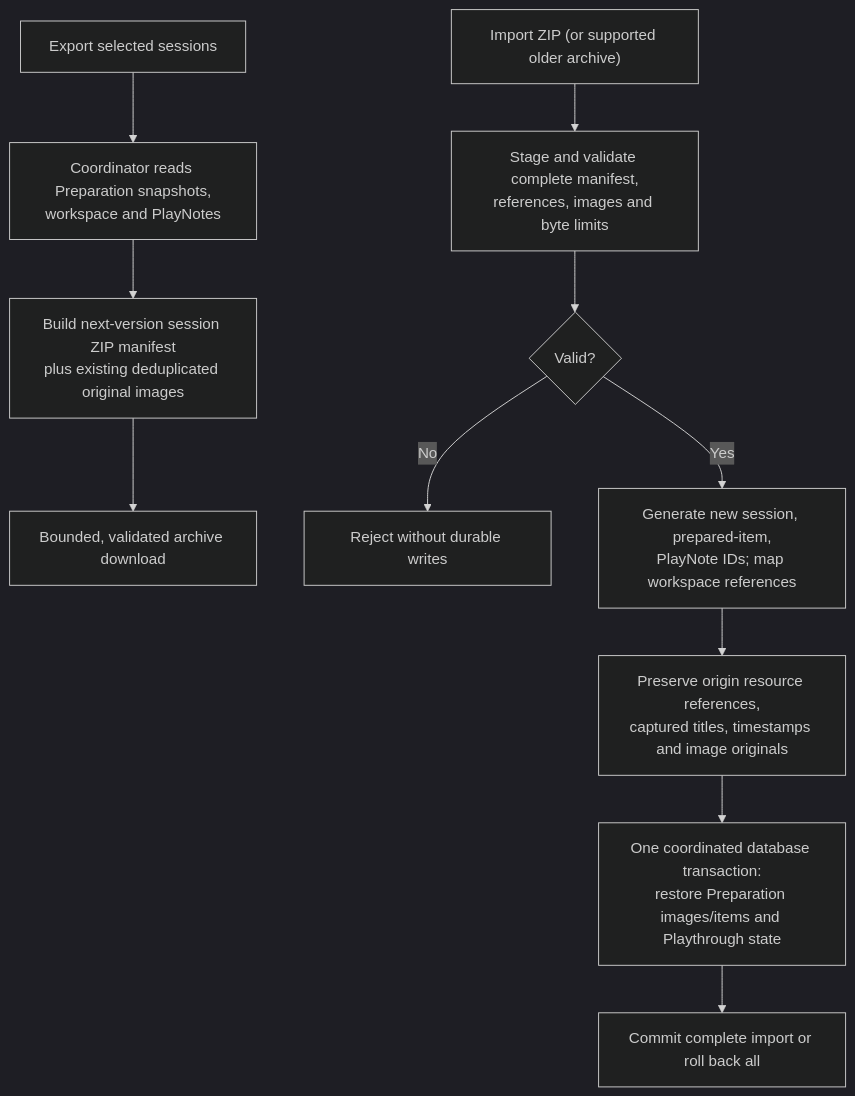
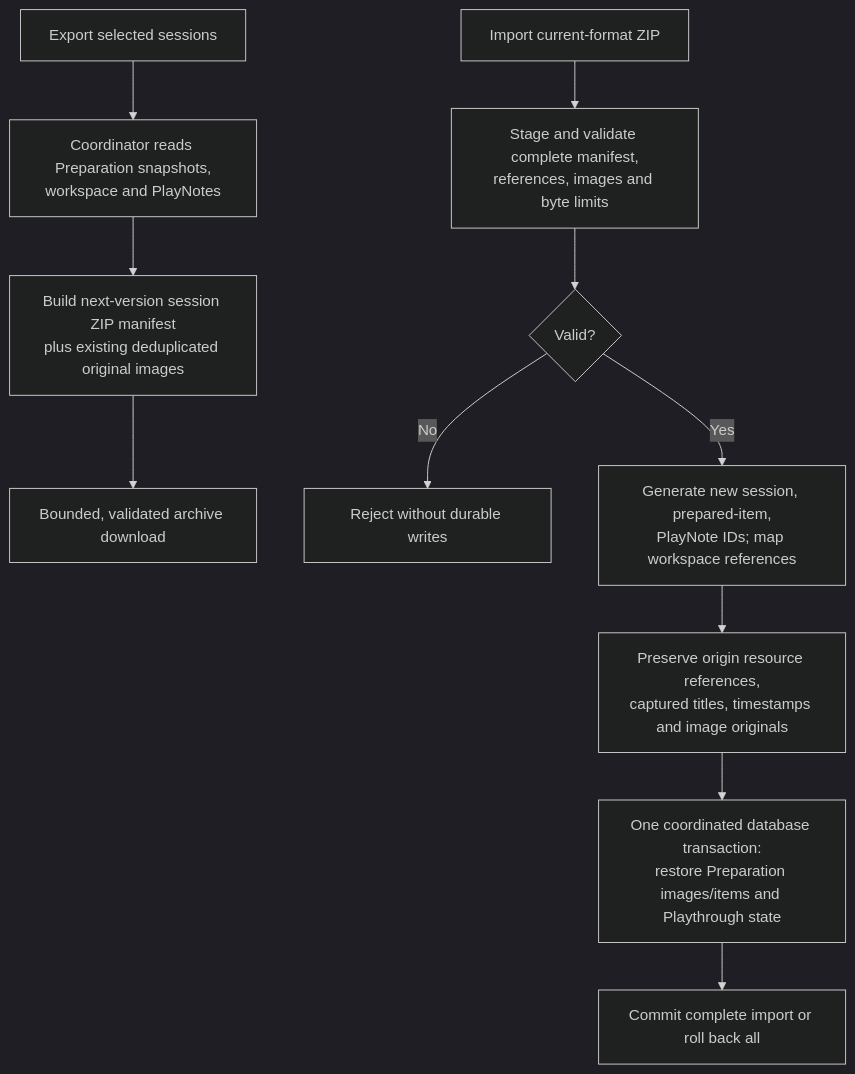
One commit to oldzkoolgamerz2901/campaign-workbench changed the fifth of 5 diagrams in docs/playthrough-domain-architecture.md. Above: the diagram before and after it, drawn with Mermaid (dark theme). The commit also changed other lines of this file and 34 other files, not shown here.

````diff
--- a/docs/playthrough-domain-architecture.md
+++ b/docs/playthrough-domain-architecture.md
@@ -155,13 +166,13 @@
 ```mermaid
 flowchart TD
     E["Export selected sessions"] --> F["Coordinator reads Preparation snapshots,<br/>workspace and PlayNotes"]
     F --> G["Build next-version session ZIP manifest<br/>plus existing deduplicated original images"]
     G --> H["Bounded, validated archive download"]
-    I["Import ZIP (or supported older archive)"] --> J["Stage and validate complete manifest,<br/>references, images and byte limits"]
+    I["Import current-format ZIP"] --> J["Stage and validate complete manifest,<br/>references, images and byte limits"]
     J --> K{"Valid?"}
     K -- No --> L["Reject without durable writes"]
     K -- Yes --> M["Generate new session, prepared-item,<br/>PlayNote IDs; map workspace references"]
     M --> N["Preserve origin resource references,<br/>captured titles, timestamps and image originals"]
     N --> O["One coordinated database transaction:<br/>restore Preparation images/items and Playthrough state"]
     O --> P["Commit complete import or roll back all"]
 ```
````
